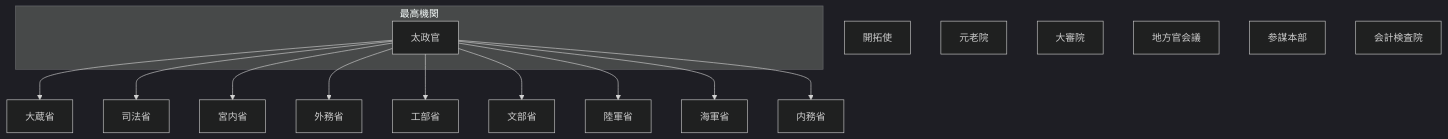
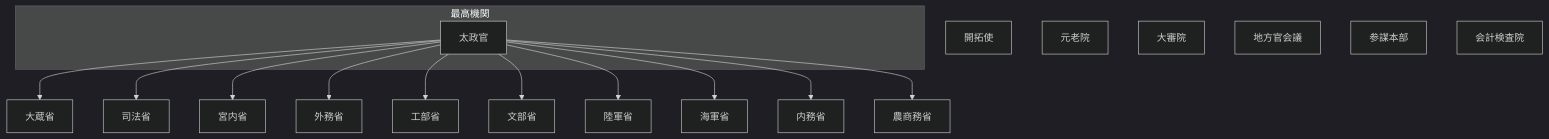
Before and after one commit to tatemaru/jp-admin-org-chart: the diagram in README.md, drawn with Mermaid (dark theme). The commit also changed other lines of this file, not shown here.

First line of the commit message:
feat(農商務省): 農商務省を設置

````diff
--- a/README.md
+++ b/README.md
@@ -9,30 +9,32 @@
 ```mermaid
 flowchart TB
   subgraph top["最高機関"]
     Dajokan["太政官"]
   end
   Okura["大蔵省"]
   Dajokan --> Okura
   Shiho["司法省"]
   Dajokan --> Shiho
   Kunai["宮内省"]
   Dajokan --> Kunai
   Gaimu["外務省"]
   Dajokan --> Gaimu
   Kobu["工部省"]
   Dajokan --> Kobu
   Mombu["文部省"]
   Dajokan --> Mombu
   Rikugun["陸軍省"]
   Dajokan --> Rikugun
   Kaigun["海軍省"]
   Dajokan --> Kaigun
   Naimu["内務省"]
   Dajokan --> Naimu
+  Nosho["農商務省"]
+  Dajokan --> Nosho
   Kaitaku["開拓使"]
   Genro["元老院"]
   Daishin["大審院"]
   Chiho["地方官会議"]
   Sanbo["参謀本部"]
   Audit["会計検査院"]
 ```
````
